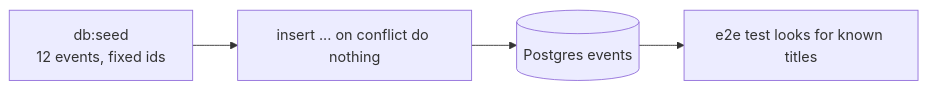
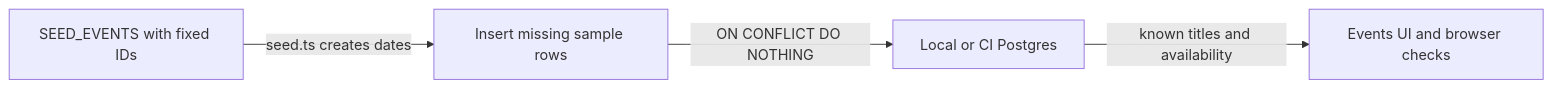
Before and after one commit to maheshnd/minitickets: the diagram in docs/handbook/concepts/seed-data.md, drawn with Mermaid. The commit also changed other lines of this file and 119 other files, not shown here.

````diff
--- a/docs/handbook/concepts/seed-data.md
+++ b/docs/handbook/concepts/seed-data.md
@@ -19,6 +18,6 @@
 ```mermaid
 flowchart LR
-    seed["db:seed<br/>12 events, fixed ids"] --> ins["insert ... on conflict do nothing"]
-    ins --> db[("Postgres events")]
-    db --> e2e["e2e test looks for known titles"]
+samples["SEED_EVENTS with fixed IDs"] -->|"seed.ts creates dates"| insert["Insert missing sample rows"]
+    insert -->|"ON CONFLICT DO NOTHING"| db["Local or CI Postgres"]
+    db -->|"known titles and availability"| use["Events UI and browser checks"]
 ```
````
